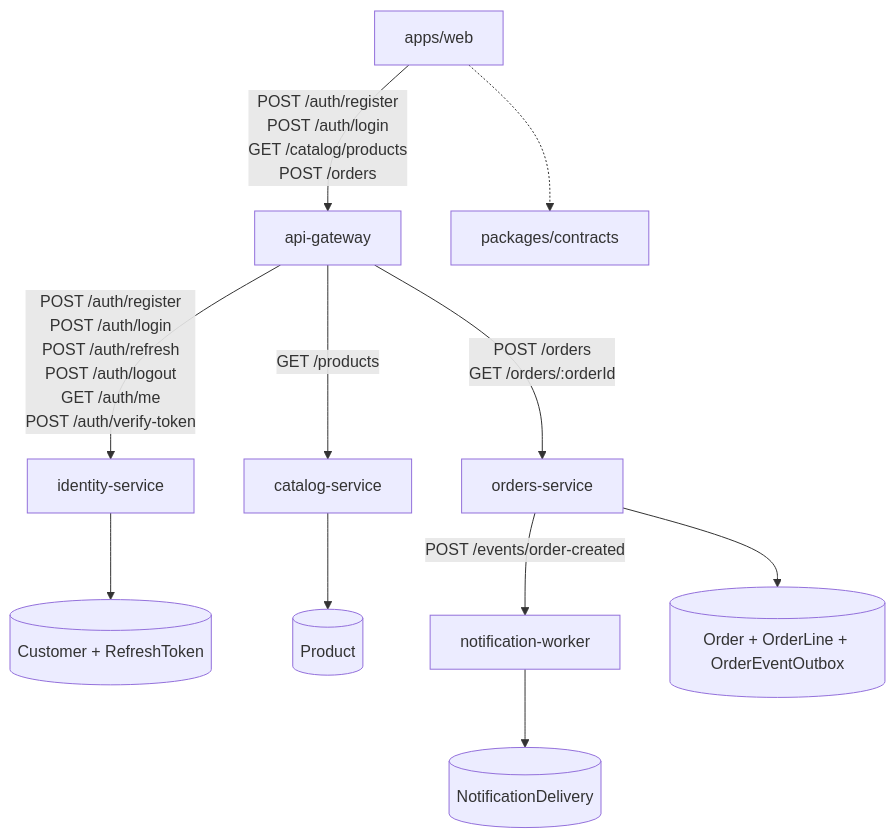
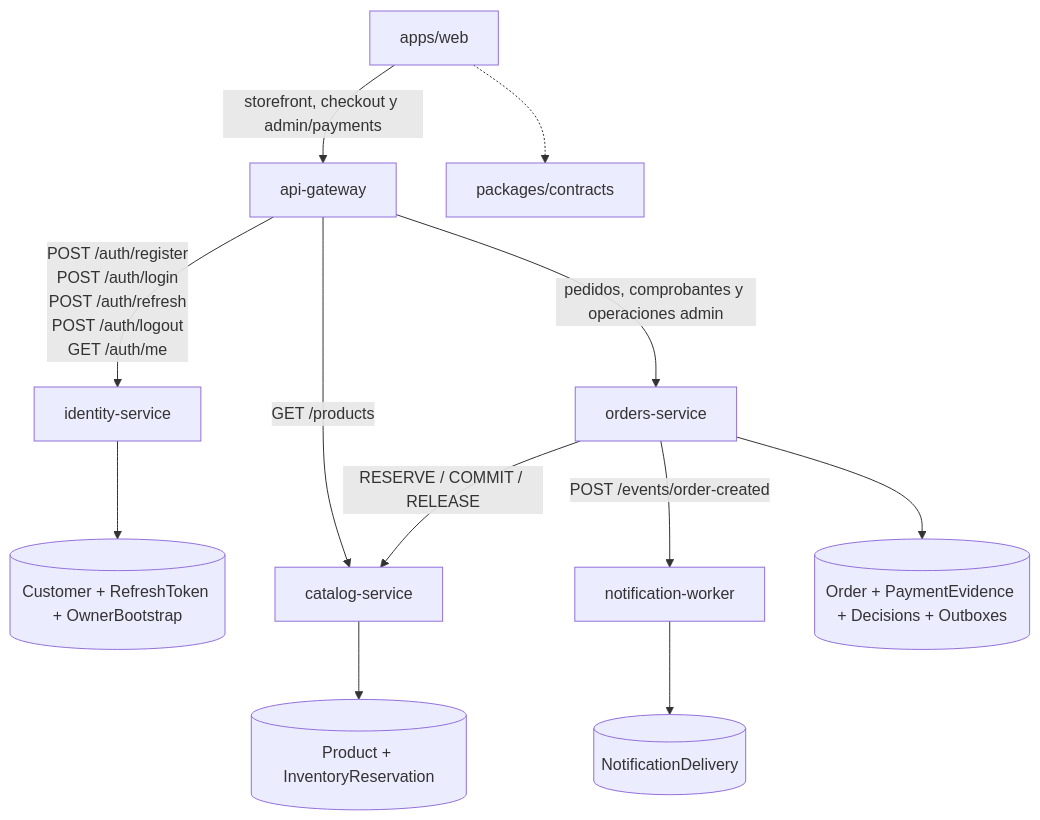
The third of 10 diagrams in docs/wiki/architecture-overview.md (HectorARiascosI/mileshop-platform), drawn with Mermaid before and after one commit. The commit also changed other lines of this file and 106 other files, not shown here.

Commit message:
feat(inventory): add reservations and payment review

````diff
--- a/docs/wiki/architecture-overview.md
+++ b/docs/wiki/architecture-overview.md
@@ -60,25 +62,26 @@
 ```mermaid
 flowchart TB
     Web[apps/web]
     Gateway[api-gateway]
     Identity[identity-service]
     Catalog[catalog-service]
     Orders[orders-service]
     Worker[notification-worker]
     Contracts[packages/contracts]
-    IdentityDb[(Customer + RefreshToken)]
-    CatalogDb[(Product)]
-    OrdersDb[(Order + OrderLine + OrderEventOutbox)]
+    IdentityDb[(Customer + RefreshToken + OwnerBootstrap)]
+    CatalogDb[(Product + InventoryReservation)]
+    OrdersDb[(Order + PaymentEvidence + Decisions + Outboxes)]
     NotificationDb[(NotificationDelivery)]
 
-    Web -->|POST /auth/register\nPOST /auth/login\nGET /catalog/products\nPOST /orders| Gateway
-    Gateway -->|POST /auth/register\nPOST /auth/login\nPOST /auth/refresh\nPOST /auth/logout\nGET /auth/me\nPOST /auth/verify-token| Identity
+    Web -->|storefront, checkout y admin/payments| Gateway
+    Gateway -->|POST /auth/register\nPOST /auth/login\nPOST /auth/refresh\nPOST /auth/logout\nGET /auth/me| Identity
     Gateway -->|GET /products| Catalog
-    Gateway -->|POST /orders\nGET /orders/:orderId| Orders
+    Gateway -->|pedidos, comprobantes y operaciones admin| Orders
+    Orders -->|RESERVE / COMMIT / RELEASE| Catalog
     Orders -->|POST /events/order-created| Worker
     Web -.-> Contracts
     Identity --> IdentityDb
     Catalog --> CatalogDb
     Orders --> OrdersDb
     Worker --> NotificationDb
 ```
````
